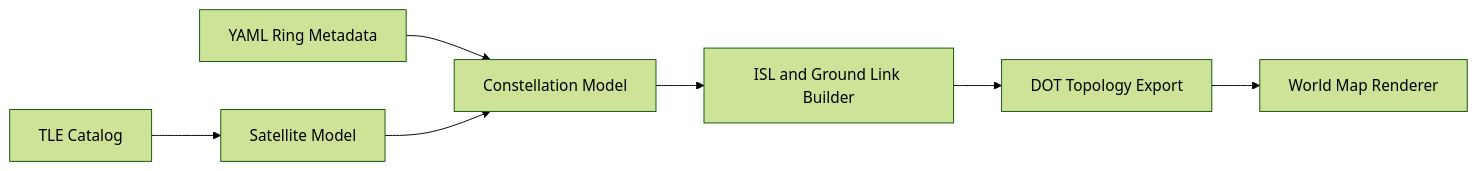
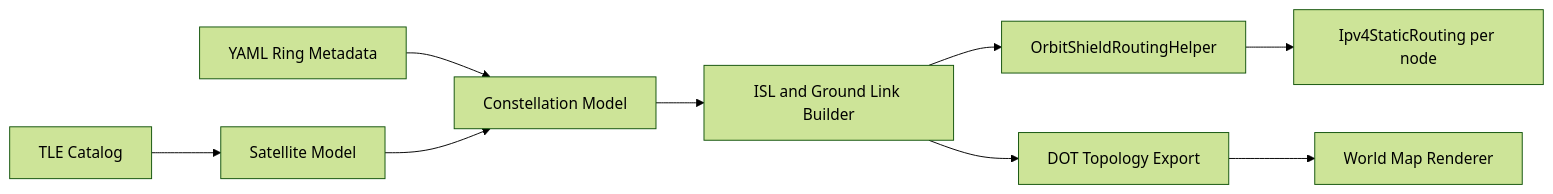
The diagram in README.md (marcoafbarbosa/orbitshield), drawn with Mermaid (forest theme) before and after one commit. The commit also changed other lines of this file and 19 other files, not shown here.

````diff
--- a/README.md
+++ b/README.md
@@ -79,9 +92,11 @@
 ```mermaid
 flowchart LR
     TLE[TLE Catalog] --> SAT[Satellite Model]
     YAML[YAML Ring Metadata] --> CONST[Constellation Model]
     SAT --> CONST
     CONST --> ISL[ISL and Ground Link Builder]
+    ISL --> ROUTE[OrbitShieldRoutingHelper]
+    ROUTE --> IPV4[Ipv4StaticRouting per node]
     ISL --> DOT[DOT Topology Export]
     DOT --> MAP[World Map Renderer]
 ```
````
